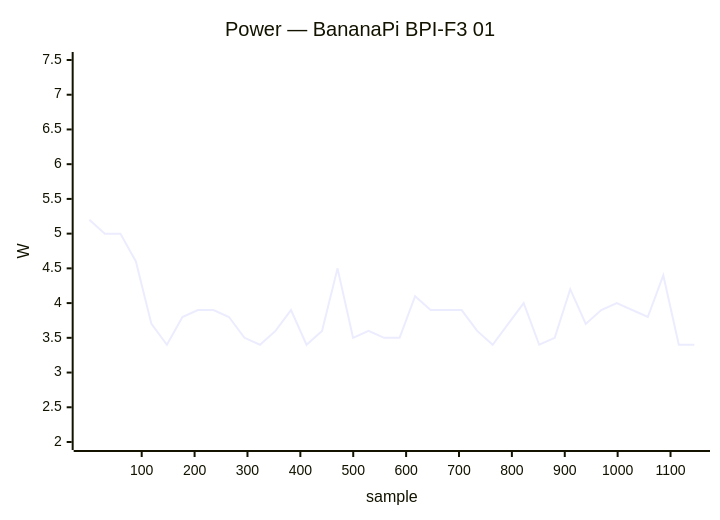
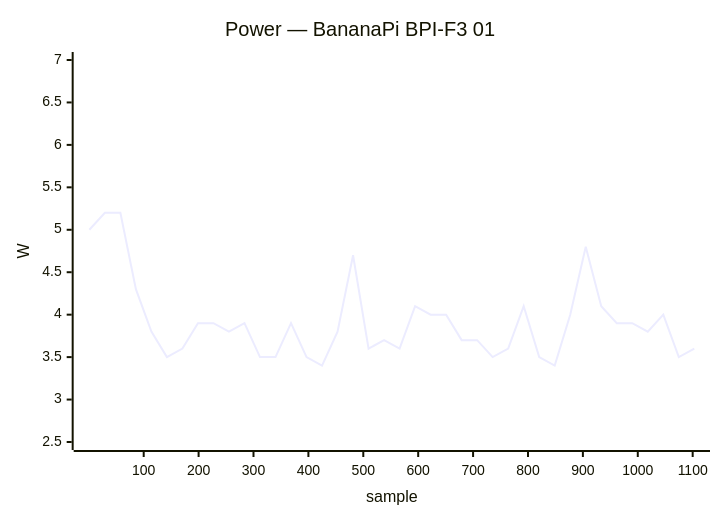
One commit to armbian/documentation changed the first of 50 diagrams in docs/status/board-tests.md. Above: the diagram before and after it, drawn with Mermaid. The commit also changed other lines of this file, not shown here.

````diff
--- a/docs/status/board-tests.md
+++ b/docs/status/board-tests.md
@@ -45,7 +45,7 @@
 ```mermaid
 xychart-beta
     title "Power — BananaPi BPI-F3 01"
-    x-axis "sample" 1 --> 1145
-    y-axis "W" 2.0 --> 7.5
-    line [5.2, 5.0, 5.0, 4.6, 3.7, 3.4, 3.8, 3.9, 3.9, 3.8, 3.5, 3.4, 3.6, 3.9, 3.4, 3.6, 4.5, 3.5, 3.6, 3.5, 3.5, 4.1, 3.9, 3.9, 3.9, 3.6, 3.4, 3.7, 4.0, 3.4, 3.5, 4.2, 3.7, 3.9, 4.0, 3.9, 3.8, 4.4, 3.4, 3.4]
+    x-axis "sample" 1 --> 1103
+    y-axis "W" 2.5 --> 7.0
+    line [5.0, 5.2, 5.2, 4.3, 3.8, 3.5, 3.6, 3.9, 3.9, 3.8, 3.9, 3.5, 3.5, 3.9, 3.5, 3.4, 3.8, 4.7, 3.6, 3.7, 3.6, 4.1, 4.0, 4.0, 3.7, 3.7, 3.5, 3.6, 4.1, 3.5, 3.4, 4.0, 4.8, 4.1, 3.9, 3.9, 3.8, 4.0, 3.5, 3.6]
 ```
````
